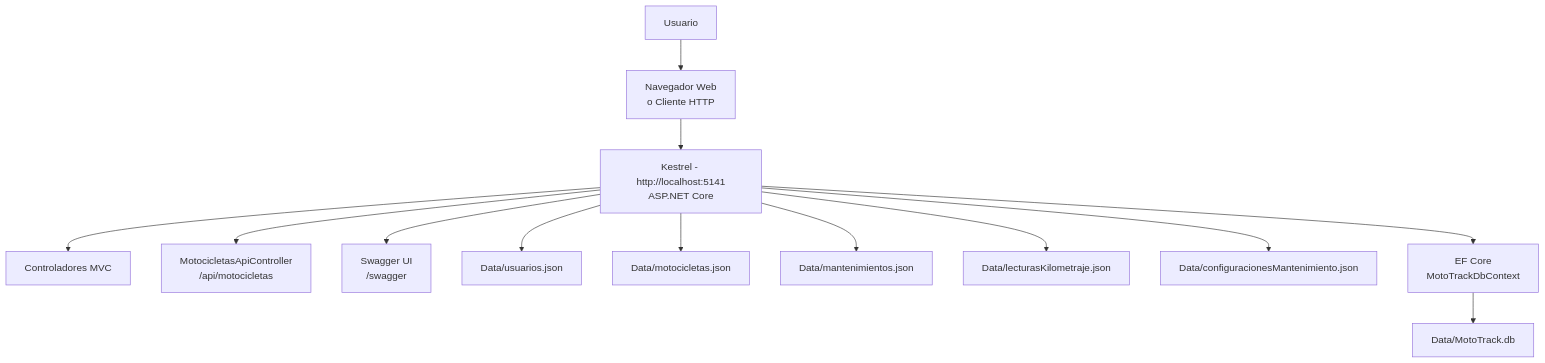
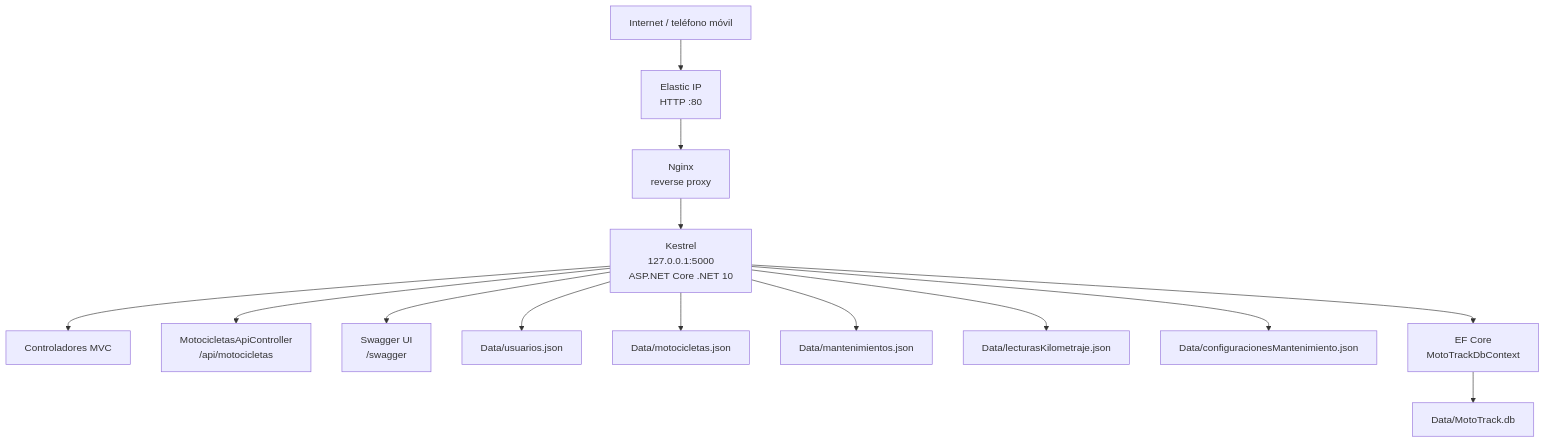
The diagram in Catalogo/docs/diagramas/vista-despliegue.md (Dave2826/ArqSoft-S01-DavidMorales), drawn with Mermaid before and after one commit. The commit also changed other lines of this file, not shown here.

Commit message:
docs(architecture): update deployment view

````diff
--- a/Catalogo/docs/diagramas/vista-despliegue.md
+++ b/Catalogo/docs/diagramas/vista-despliegue.md
@@ -7,23 +9,24 @@
 ```mermaid
 flowchart TD
 
-    U[Usuario]
+    I[Internet / teléfono móvil]
 
-    U --> B[Navegador Web<br/>o Cliente HTTP]
+    I --> E[Elastic IP<br/>HTTP :80]
 
-    B --> S[Kestrel - http://localhost:5141<br/>ASP.NET Core]
+    E --> N[Nginx<br/>reverse proxy]
 
-    S --> M1[Controladores MVC]
-    S --> M2[MotocicletasApiController<br/>/api/motocicletas]
-    S --> M3[Swagger UI<br/>/swagger]
+    N --> K[Kestrel<br/>127.0.0.1:5000<br/>ASP.NET Core .NET 10]
 
-    S --> J1[Data/usuarios.json]
-    S --> J2[Data/motocicletas.json]
-    S --> J3[Data/mantenimientos.json]
-    S --> J4[Data/lecturasKilometraje.json]
-    S --> J5[Data/configuracionesMantenimiento.json]
+    K --> A1[Controladores MVC]
+    K --> A2[MotocicletasApiController<br/>/api/motocicletas]
+    K --> A3[Swagger UI<br/>/swagger]
 
-    S --> E[EF Core<br/>MotoTrackDbContext]
+    K --> J1[Data/usuarios.json]
+    K --> J2[Data/motocicletas.json]
+    K --> J3[Data/mantenimientos.json]
+    K --> J4[Data/lecturasKilometraje.json]
+    K --> J5[Data/configuracionesMantenimiento.json]
 
-    E --> S1[Data/MotoTrack.db]
+    K --> EFC[EF Core<br/>MotoTrackDbContext]
+    EFC --> DB[Data/MotoTrack.db]
 ```
````
